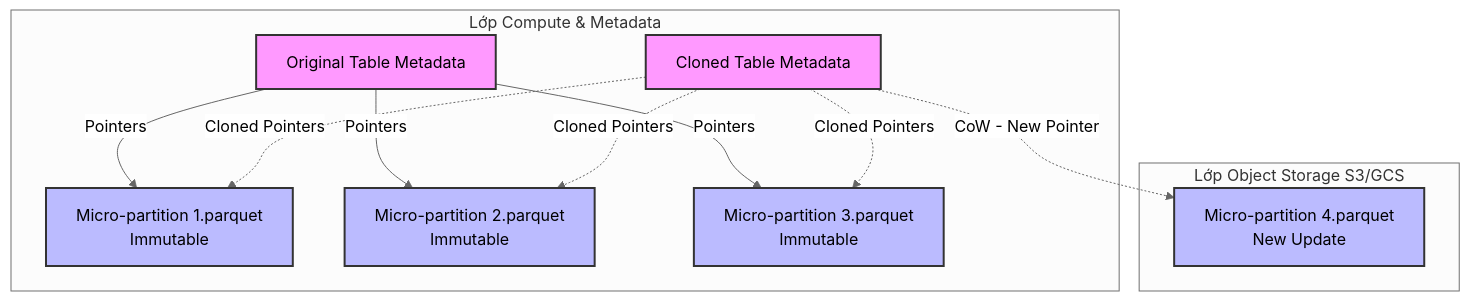
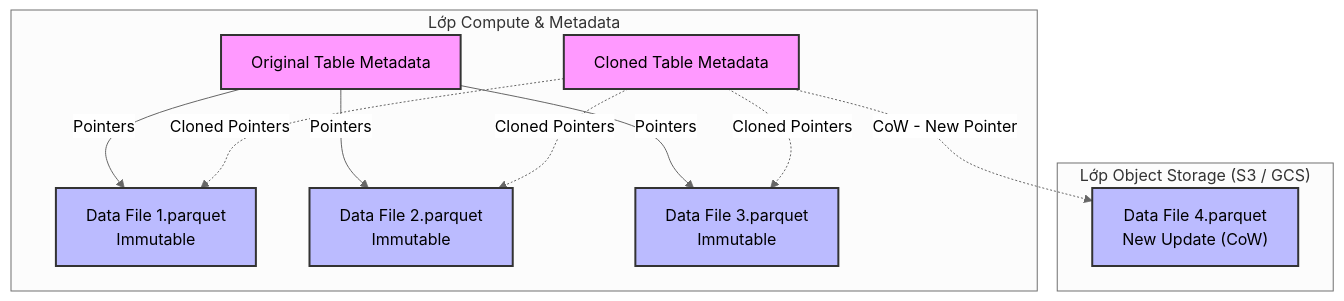
Before and after one commit to kythuatdulieu/kythuatdulieu.github.io: the diagram in src/content/docs/concepts/1-distributed-systems-architecture/zero-copy-cloning.md, drawn with Mermaid (neutral theme). The commit also changed other lines of this file and 228 other files, not shown here.

Commit message:
Fix syntax and rewrite 200+ concepts docs to deep-dive system architecture and add GA4 tracking to quiz app

````diff
--- a/src/content/docs/concepts/1-distributed-systems-architecture/zero-copy-cloning.md
+++ b/src/content/docs/concepts/1-distributed-systems-architecture/zero-copy-cloning.md
@@ -29,25 +26,25 @@
 ```mermaid
 graph TD
     subgraph Lớp Compute & Metadata
         A["Original Table Metadata"] -->|Pointers| P1
         A -->|Pointers| P2
         A -->|Pointers| P3
         B["Cloned Table Metadata"] -.->|Cloned Pointers| P1
         B -.->|Cloned Pointers| P2
         B -.->|Cloned Pointers| P3
     end
 
-    subgraph Lớp Object Storage S3/GCS
-        P1["Micro-partition 1.parquet <br/> Immutable"]
-        P2["Micro-partition 2.parquet <br/> Immutable"]
-        P3["Micro-partition 3.parquet <br/> Immutable"]
-        P4["Micro-partition 4.parquet <br/> New Update"]
+    subgraph "Lớp Object Storage (S3 / GCS)"
+        P1["Data File 1.parquet <br/> Immutable"]
+        P2["Data File 2.parquet <br/> Immutable"]
+        P3["Data File 3.parquet <br/> Immutable"]
+        P4["Data File 4.parquet <br/> New Update (CoW)"]
     end
     
     B -.->|CoW - New Pointer| P4
     
     classDef metadata fill:#f9f,stroke:#333,stroke-width:2px;
     classDef storage fill:#bbf,stroke:#333,stroke-width:2px;
     class A,B metadata;
     class P1,P2,P3,P4 storage;
 ```
````
